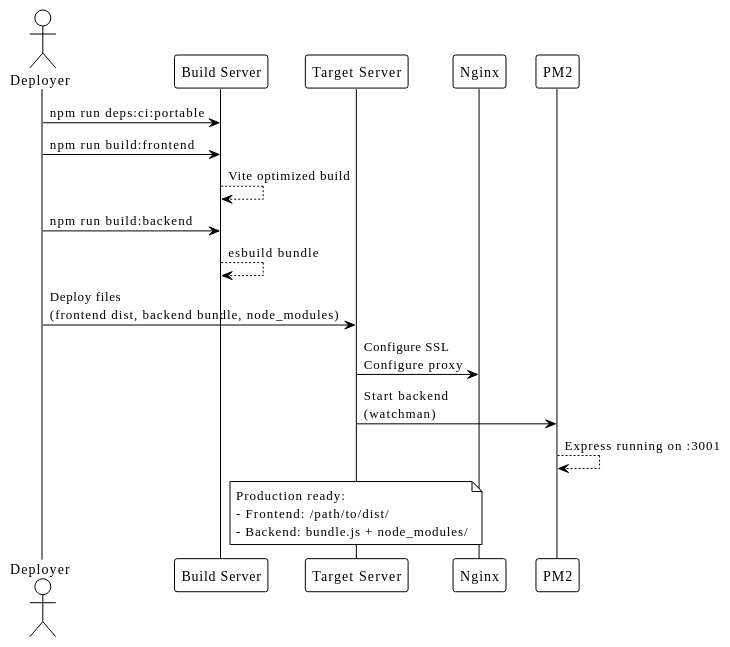
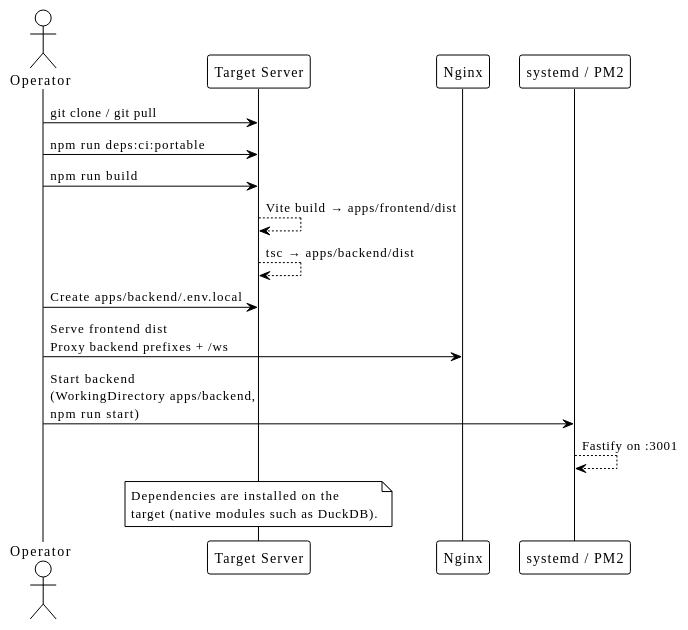
Before and after one commit to EraPartner/Watchman: the second of 3 diagrams in docs/guides/deployment.md, drawn with PlantUML. The commit also changed other lines of this file and 32 other files, not shown here.

````diff
--- a/docs/guides/deployment.md
+++ b/docs/guides/deployment.md
@@ -221,33 +267,27 @@
 ```plantuml
 @startuml
 !theme plain
 
-actor "Deployer" as Deployer
-participant "Build Server" as Build
+actor "Operator" as Op
 participant "Target Server" as Target
 participant "Nginx" as Nginx
-participant "PM2" as PM2
+participant "systemd / PM2" as PM
 
-Deployer -> Build : npm run deps:ci:portable
+Op -> Target : git clone / git pull
+Op -> Target : npm run deps:ci:portable
+Op -> Target : npm run build
+Target --> Target : Vite build → apps/frontend/dist
+Target --> Target : tsc → apps/backend/dist
 
-Deployer -> Build : npm run build:frontend
-Build --> Build : Vite optimized build
+Op -> Target : Create apps/backend/.env.local
+Op -> Nginx : Serve frontend dist\nProxy backend prefixes + /ws
 
-Deployer -> Build : npm run build:backend
-Build --> Build : esbuild bundle
-
-Deployer -> Target : Deploy files\n(frontend dist, backend bundle, node_modules)
-
-Target -> Nginx : Configure SSL\nConfigure proxy
-
-Target -> PM2 : Start backend\n(watchman)
-
-PM2 --> PM2 : Express running on :3001
+Op -> PM : Start backend\n(WorkingDirectory apps/backend,\nnpm run start)
+PM --> PM : Fastify on :3001
 
 note over Target
-  Production ready:
-  - Frontend: /path/to/dist/
-  - Backend: bundle.js + node_modules/
+  Dependencies are installed on the
+  target (native modules such as DuckDB).
 end note
 @enduml
 ```
````
